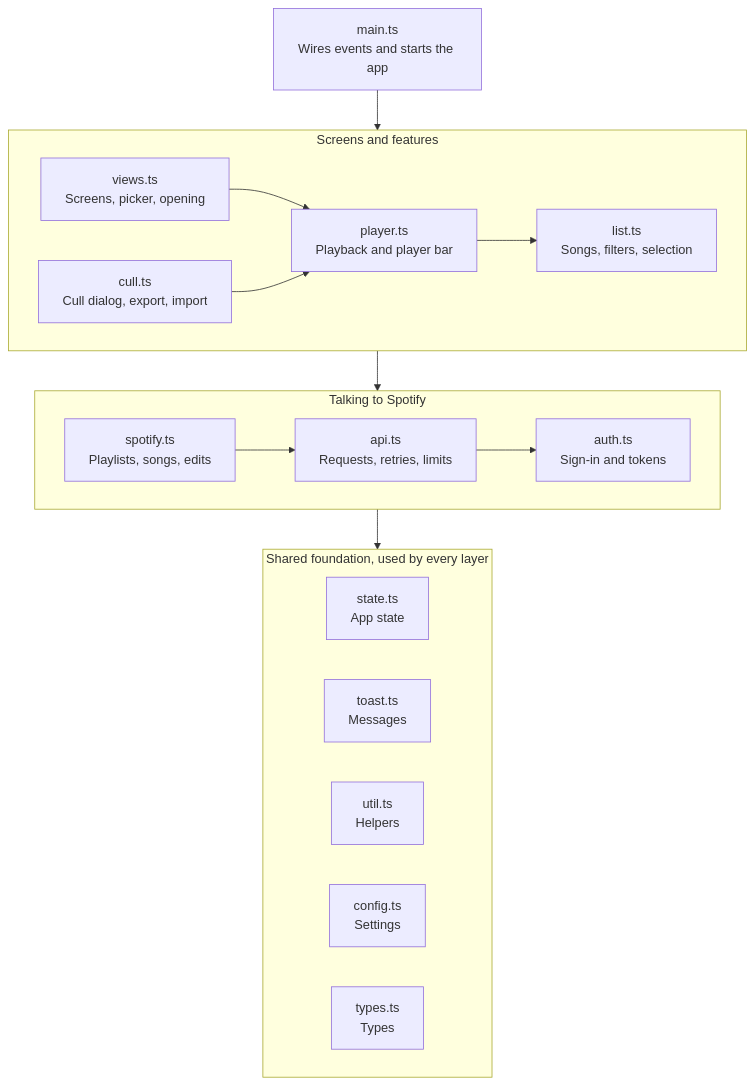
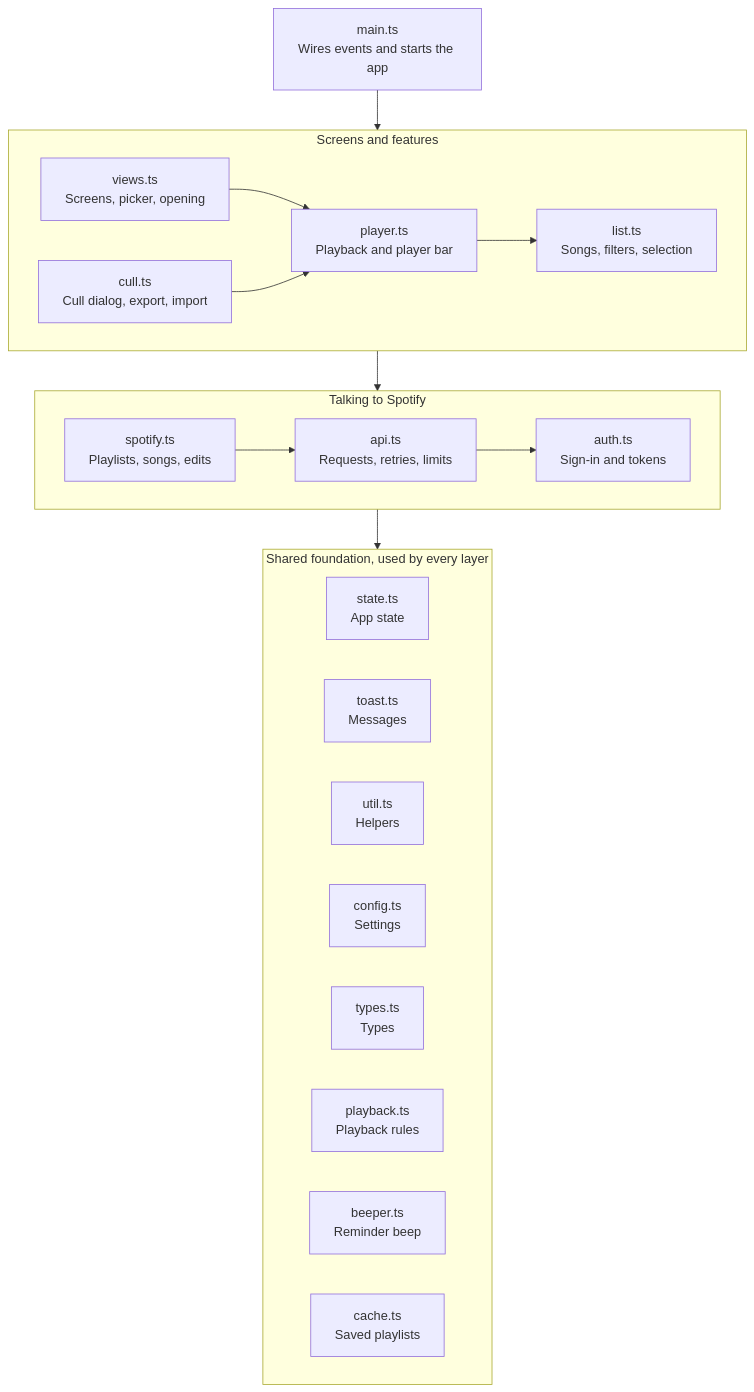
The diagram in docs/project-layout.md (Jamman214/cullture), drawn with Mermaid before and after one commit. The commit also changed other lines of this file and 16 other files, not shown here.

````diff
--- a/docs/project-layout.md
+++ b/docs/project-layout.md
@@ -29,33 +35,36 @@
 ```mermaid
 flowchart TD
     main["main.ts<br/>Wires events and starts the app"]
 
     subgraph features["Screens and features"]
         views["views.ts<br/>Screens, picker, opening"]
         cull["cull.ts<br/>Cull dialog, export, import"]
         player["player.ts<br/>Playback and player bar"]
         list["list.ts<br/>Songs, filters, selection"]
         views --> player
         cull --> player
         player --> list
     end
 
     subgraph spotifyLayer["Talking to Spotify"]
         spotify["spotify.ts<br/>Playlists, songs, edits"]
         api["api.ts<br/>Requests, retries, limits"]
         auth["auth.ts<br/>Sign-in and tokens"]
         spotify --> api --> auth
     end
 
     subgraph foundation["Shared foundation, used by every layer"]
         state["state.ts<br/>App state"]
         toast["toast.ts<br/>Messages"]
         util["util.ts<br/>Helpers"]
         config["config.ts<br/>Settings"]
         types["types.ts<br/>Types"]
+        playback["playback.ts<br/>Playback rules"]
+        beeper["beeper.ts<br/>Reminder beep"]
+        cache["cache.ts<br/>Saved playlists"]
     end
 
     main --> features
     features --> spotifyLayer
     spotifyLayer --> foundation
 ```
````
